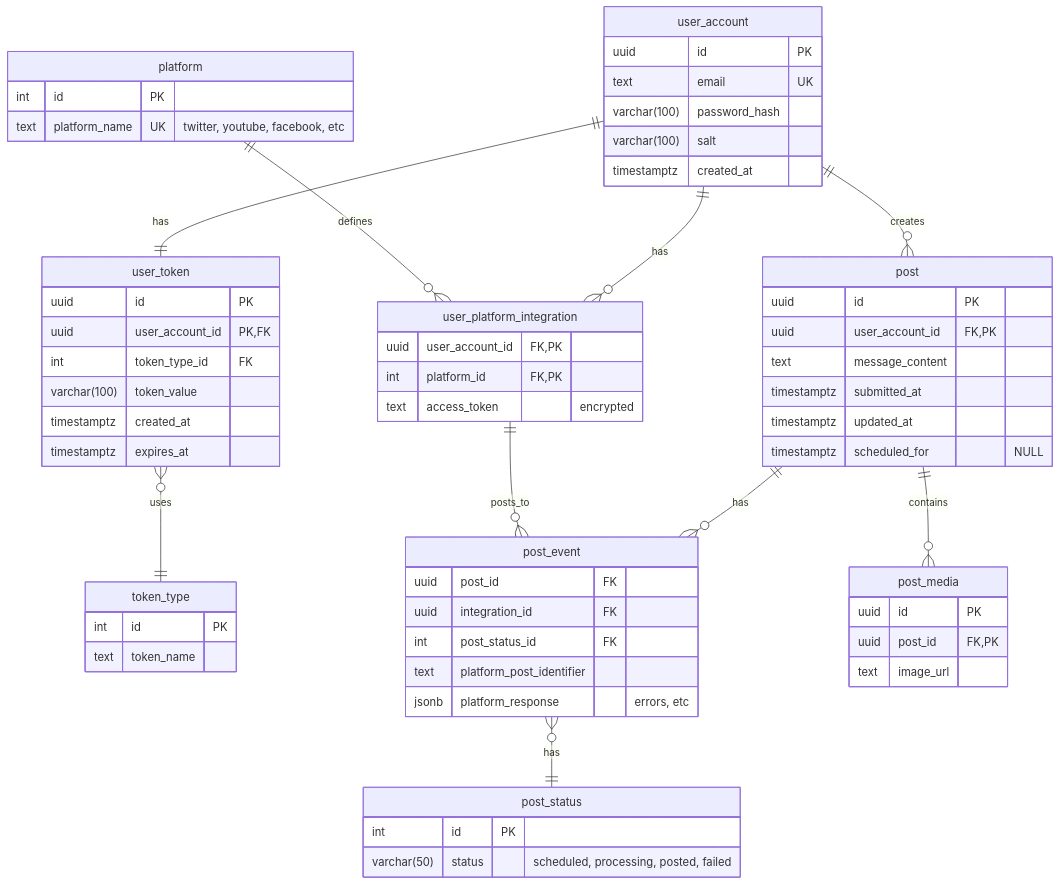
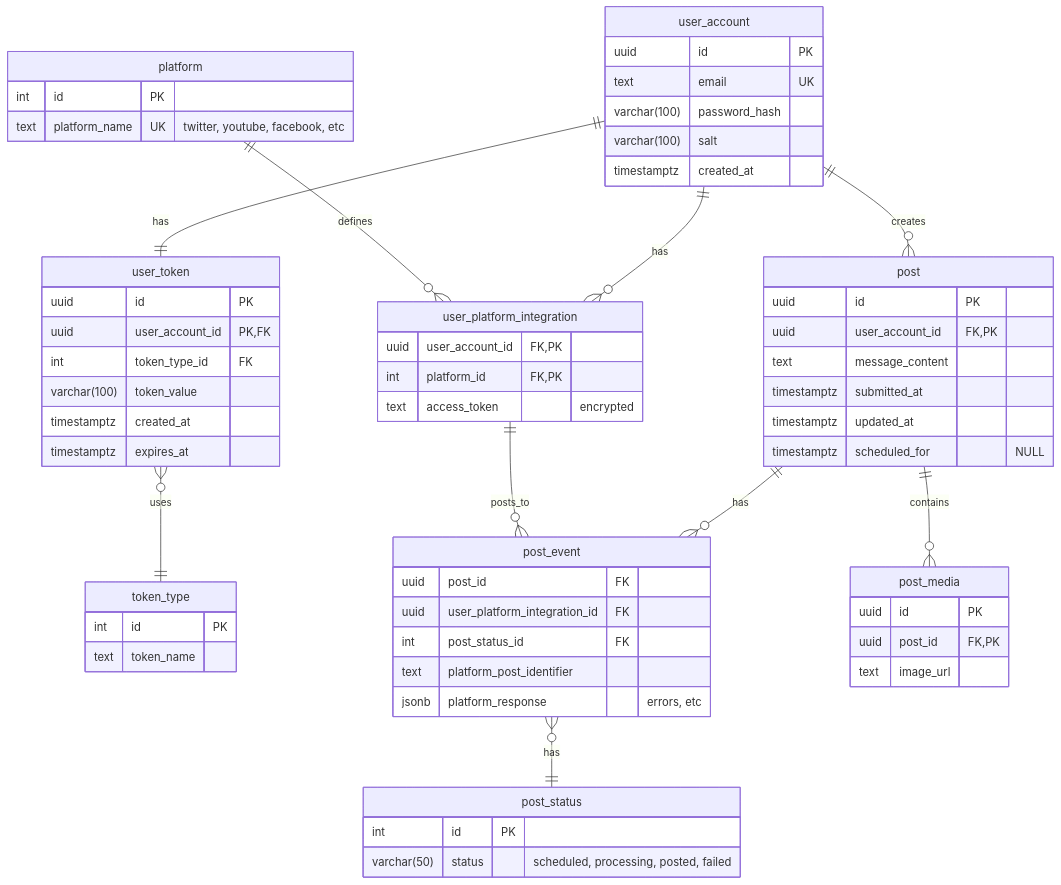
The diagram in documentation/diagrams/er_diagram.md (JKMN-Projects/ripple_sync_backend), drawn with Mermaid before and after one commit.

````diff
--- a/documentation/diagrams/er_diagram.md
+++ b/documentation/diagrams/er_diagram.md
@@ -3,74 +3,74 @@
 ``` mermaid
 
     erDiagram
     user_account ||--o{ user_platform_integration : "has"
     user_account ||--o{ post : "creates"
     user_account ||--|| user_token : "has"
     user_token }o--|| token_type : "uses"
     post ||--o{ post_event : "has"
     post_event }o--|| post_status : "has"
     post ||--o{ post_media : "contains"
     platform ||--o{ user_platform_integration : "defines"
     user_platform_integration ||--o{ post_event : "posts_to"
 
     user_account {
         uuid id PK
         text email UK
         varchar(100) password_hash
         varchar(100) salt
         timestamptz created_at 
     }
 
     user_token {
         uuid id PK
         uuid user_account_id PK, FK
         int token_type_id FK
         varchar(100) token_value
         timestamptz created_at
         timestamptz expires_at
     }
 
     token_type {
         int id PK
         text token_name
     }
 
     platform {
         int id PK
         text platform_name UK "twitter, youtube, facebook, etc"
     }
 
     user_platform_integration {
         uuid user_account_id FK, PK
         int platform_id FK, PK
         text access_token "encrypted"
     }
 
     post {
         uuid id PK
         uuid user_account_id FK, PK
         text message_content
         timestamptz submitted_at
         timestamptz updated_at
         timestamptz scheduled_for "NULL"
     }
 
     post_media {
         uuid id PK
         uuid post_id FK, PK
         text image_url 
     }
 
     post_event {
         uuid post_id FK
-        uuid integration_id FK
+        uuid user_platform_integration_id FK
         int post_status_id FK
         text platform_post_identifier 
         jsonb platform_response "errors, etc"
     }
 
     post_status {
         int id PK
         varchar(50) status "scheduled, processing, posted, failed"
     }
 ```
````
